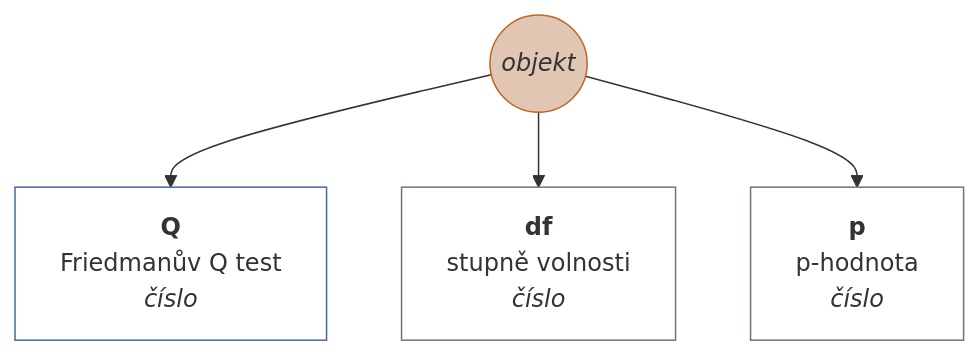
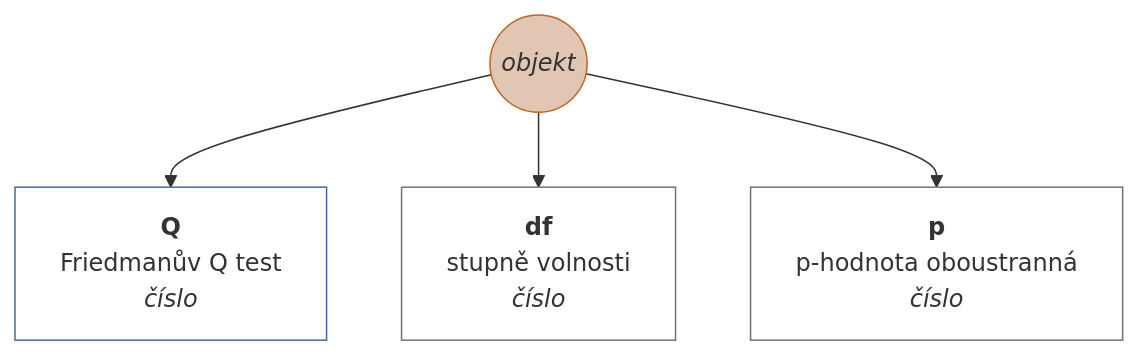
One commit to muzikp/retusa changed diagram 44 of 45 in docs/cs-CZ.md. Above: the diagram before and after it, drawn with Mermaid. The commit also changed other lines of this file and 4 other files, not shown here.

````diff
--- a/docs/cs-CZ.md
+++ b/docs/cs-CZ.md
@@ -1823,16 +1823,16 @@
 ```mermaid
 graph TD
 friedman((<i>objekt</i>))
 style friedman fill:#E1C6B3;
 style friedman stroke:#C36422;
 friedman --> Q[<b>Q</b><br>Friedmanův Q test <br><i>číslo</i>]
 style Q fill:#FFFFFF;
 style Q stroke:#4967A4;
 friedman --> df[<b>df</b><br>stupně volnosti <br><i>číslo</i>]
 style df fill:#FFFFFF;
 style df stroke:#75716F;
-friedman --> p[<b>p</b><br>p-hodnota <br><i>číslo</i>]
+friedman --> p[<b>p</b><br>p-hodnota oboustranná <br><i>číslo</i>]
 style p fill:#FFFFFF;
 style p stroke:#75716F;
 
 ```
````
